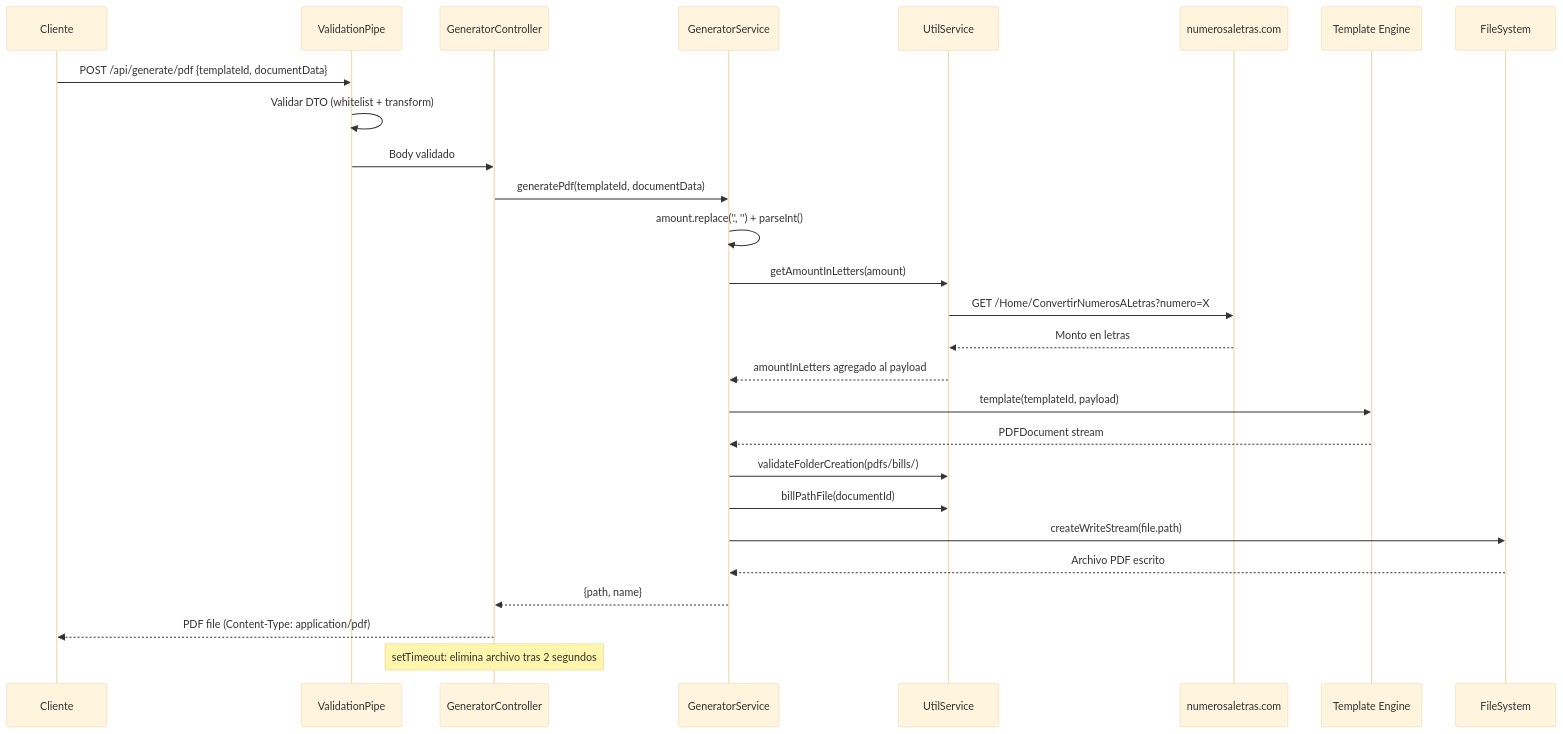
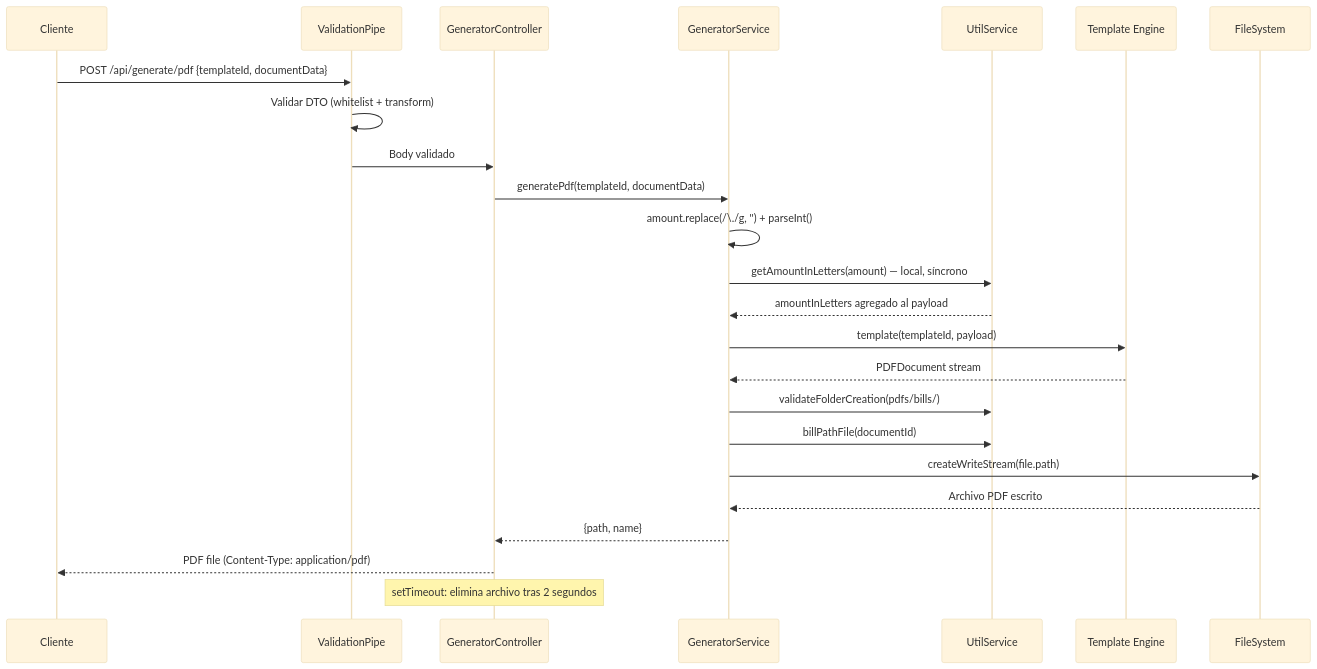
Before and after one commit to cmontesvergara/doc-forge: the second of 3 diagrams in sync/feddocs/architecture.md, drawn with Mermaid (base theme). The commit also changed other lines of this file and 5 other files, not shown here.

Commit message:
docs: Update documentation to reflect port hardcoding to 3000, remove external `numerosaletras.com` API dependency, and refresh metadata.

````diff
--- a/sync/feddocs/architecture.md
+++ b/sync/feddocs/architecture.md
@@ -88,30 +92,27 @@
 ```mermaid
 sequenceDiagram
     participant C as Cliente
     participant VP as ValidationPipe
     participant GC as GeneratorController
     participant GS as GeneratorService
     participant US as UtilService
-    participant API as numerosaletras.com
     participant TE as Template Engine
     participant FS as FileSystem
 
     C->>VP: POST /api/generate/pdf {templateId, documentData}
     VP->>VP: Validar DTO (whitelist + transform)
     VP->>GC: Body validado
     GC->>GS: generatePdf(templateId, documentData)
-    GS->>GS: amount.replace('.', '') + parseInt()
-    GS->>US: getAmountInLetters(amount)
-    US->>API: GET /Home/ConvertirNumerosALetras?numero=X
-    API-->>US: Monto en letras
+    GS->>GS: amount.replace(/\./g, '') + parseInt()
+    GS->>US: getAmountInLetters(amount) — local, síncrono
     US-->>GS: amountInLetters agregado al payload
     GS->>TE: template(templateId, payload)
     TE-->>GS: PDFDocument stream
     GS->>US: validateFolderCreation(pdfs/bills/)
     GS->>US: billPathFile(documentId)
     GS->>FS: createWriteStream(file.path)
     FS-->>GS: Archivo PDF escrito
     GS-->>GC: {path, name}
     GC-->>C: PDF file (Content-Type: application/pdf)
     Note over GC: setTimeout: elimina archivo tras 2 segundos
 ```
````
